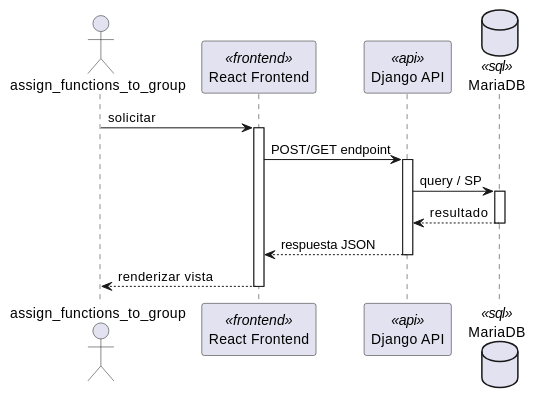
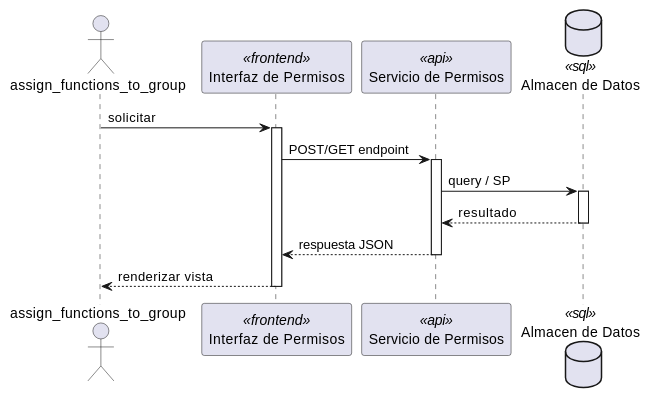
Before and after one commit to jcg-admin/IACT-docs: the first of 2 diagrams in source/arquitectura-tecnica/DesignView/perm-06.rst, drawn with PlantUML. The commit also changed other lines of this file and 243 other files, not shown here.

First line of the commit message:
Add missing diagrams and fix participant names across Kruchten views

```diff
--- a/source/arquitectura-tecnica/DesignView/perm-06.rst
+++ b/source/arquitectura-tecnica/DesignView/perm-06.rst
@@ -22,28 +22,28 @@
 .. uml::
  :caption: UC_PERM_06 — Design View (secuencia)
 
  @startuml
 
  actor "assign_functions_to_group" as assign_functions_to_group
- participant "React Frontend" as Frontend <<frontend>>
- participant "Django API" as APIServer <<api>>
- database "MariaDB" as BaseDatos <<sql>>
+ participant "Interfaz de Permisos" as Iface <<frontend>>
+ participant "Servicio de Permisos" as SvcNode <<api>>
+ database "Almacen de Datos" as Store <<sql>>
 
- assign_functions_to_group -> Frontend : solicitar
- activate Frontend
+ assign_functions_to_group -> Iface : solicitar
+ activate Iface
 
- Frontend -> APIServer : POST/GET endpoint
- activate APIServer
+ Iface -> SvcNode : POST/GET endpoint
+ activate SvcNode
 
- APIServer -> BaseDatos : query / SP
- activate BaseDatos
- BaseDatos --> APIServer : resultado
- deactivate BaseDatos
+ SvcNode -> Store : query / SP
+ activate Store
+ Store --> SvcNode : resultado
+ deactivate Store
 
- APIServer --> Frontend : respuesta JSON
- deactivate APIServer
+ SvcNode --> Iface : respuesta JSON
+ deactivate SvcNode
 
- Frontend --> assign_functions_to_group : renderizar vista
- deactivate Frontend
+ Iface --> assign_functions_to_group : renderizar vista
+ deactivate Iface
 
  @enduml
```
